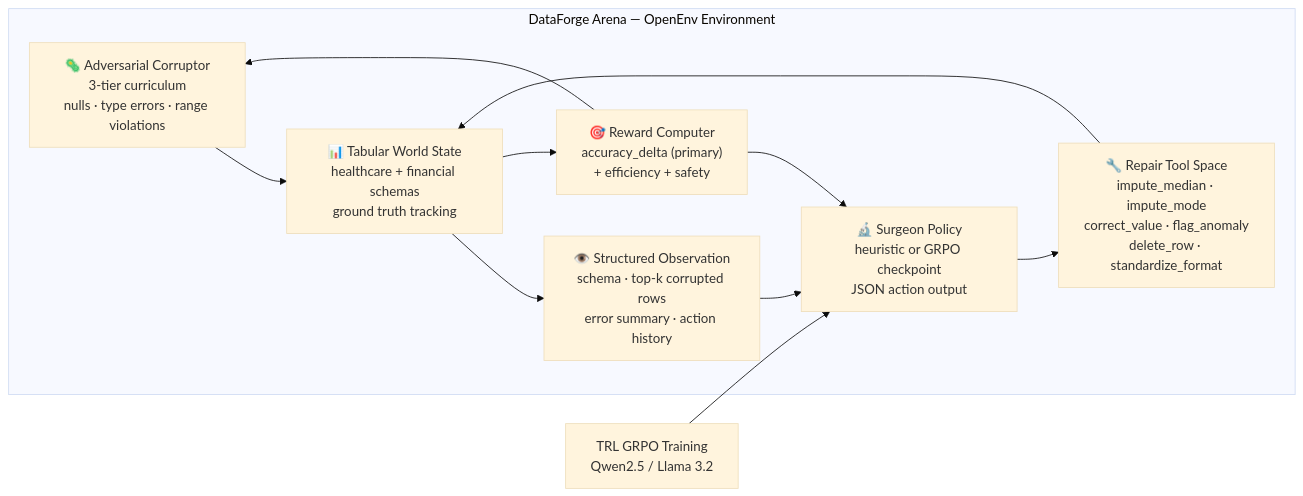
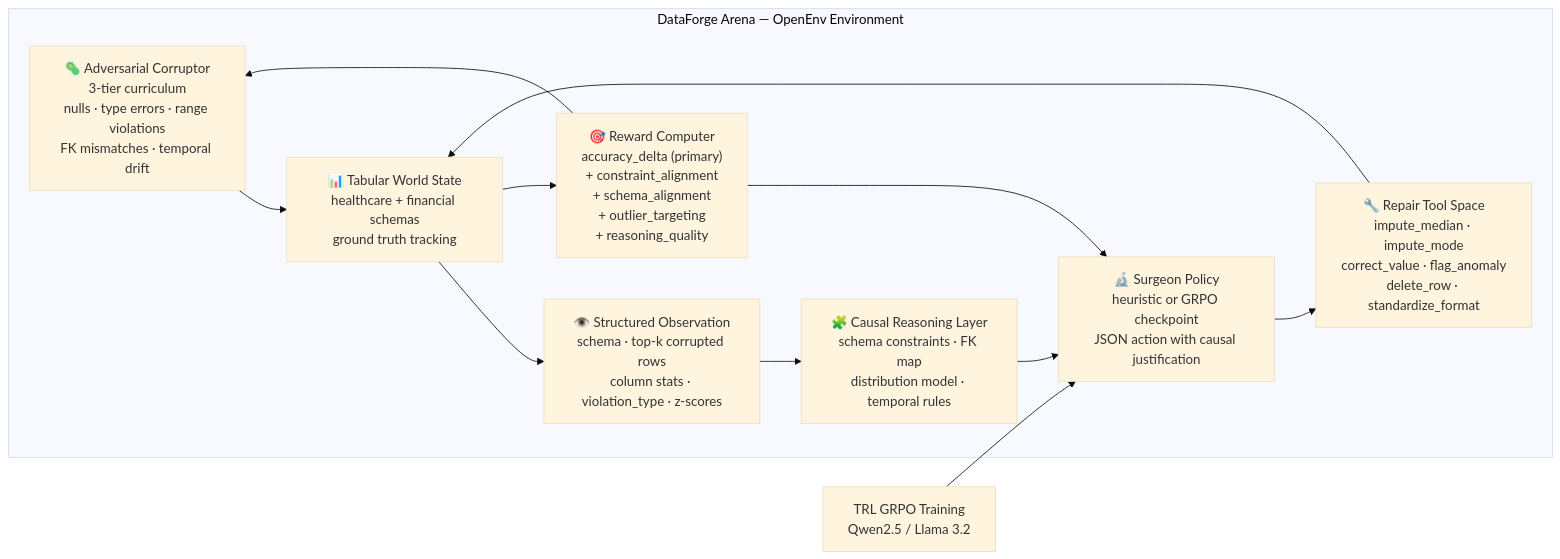
Before and after one commit to vivekyarra/dataforge-arena: the diagram in README.md, drawn with Mermaid (base theme). The commit also changed other lines of this file and 2 other files, not shown here.

````diff
--- a/README.md
+++ b/README.md
@@ -83,14 +145,15 @@
 ```mermaid
 flowchart LR
     subgraph OPENENV["DataForge Arena — OpenEnv Environment"]
-        C["🦠 Adversarial Corruptor\n3-tier curriculum\nnulls · type errors · range violations"]
+        C["🦠 Adversarial Corruptor\n3-tier curriculum\nnulls · type errors · range violations\nFK mismatches · temporal drift"]
         E["📊 Tabular World State\nhealthcare + financial schemas\nground truth tracking"]
-        O["👁️ Structured Observation\nschema · top-k corrupted rows\nerror summary · action history"]
-        A["🔬 Surgeon Policy\nheuristic or GRPO checkpoint\nJSON action output"]
+        O["👁️ Structured Observation\nschema · top-k corrupted rows\ncolumn stats · violation_type · z-scores"]
+        W["🧩 Causal Reasoning Layer\nschema constraints · FK map\ndistribution model · temporal rules"]
+        A["🔬 Surgeon Policy\nheuristic or GRPO checkpoint\nJSON action with causal justification"]
         T["🔧 Repair Tool Space\nimpute_median · impute_mode\ncorrect_value · flag_anomaly\ndelete_row · standardize_format"]
-        R["🎯 Reward Computer\naccuracy_delta (primary)\n+ efficiency + safety"]
-        C --> E --> O --> A --> T --> E --> R --> A
+        R["🎯 Reward Computer\naccuracy_delta (primary)\n+ constraint_alignment\n+ schema_alignment\n+ outlier_targeting\n+ reasoning_quality"]
+        C --> E --> O --> W --> A --> T --> E --> R --> A
         R --> C
     end
     TRL["TRL GRPO Training\nQwen2.5 / Llama 3.2"] --> A
 ```
````
